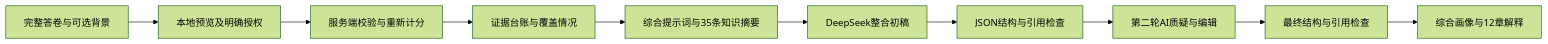
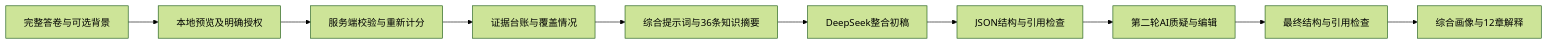
Before and after one commit to wangkeyu-u/ui-gallery: the diagram in inner-atlas/docs/AI_ANALYSIS.md, drawn with Mermaid (forest theme). The commit also changed other lines of this file and 18 other files, not shown here.

````diff
--- a/inner-atlas/docs/AI_ANALYSIS.md
+++ b/inner-atlas/docs/AI_ANALYSIS.md
@@ -30,12 +30,12 @@
 ```mermaid
 flowchart LR
  A[完整答卷与可选背景] --> B[本地预览及明确授权]
  B --> C[服务端校验与重新计分]
  C --> D[证据台账与覆盖情况]
- D --> E[综合提示词与35条知识摘要]
+ D --> E[综合提示词与36条知识摘要]
  E --> F[DeepSeek整合初稿]
  F --> G[JSON结构与引用检查]
  G --> R[第二轮AI质疑与编辑]
  R --> V[最终结构与引用检查]
  V --> H[综合画像与12章解释]
 ```
````
